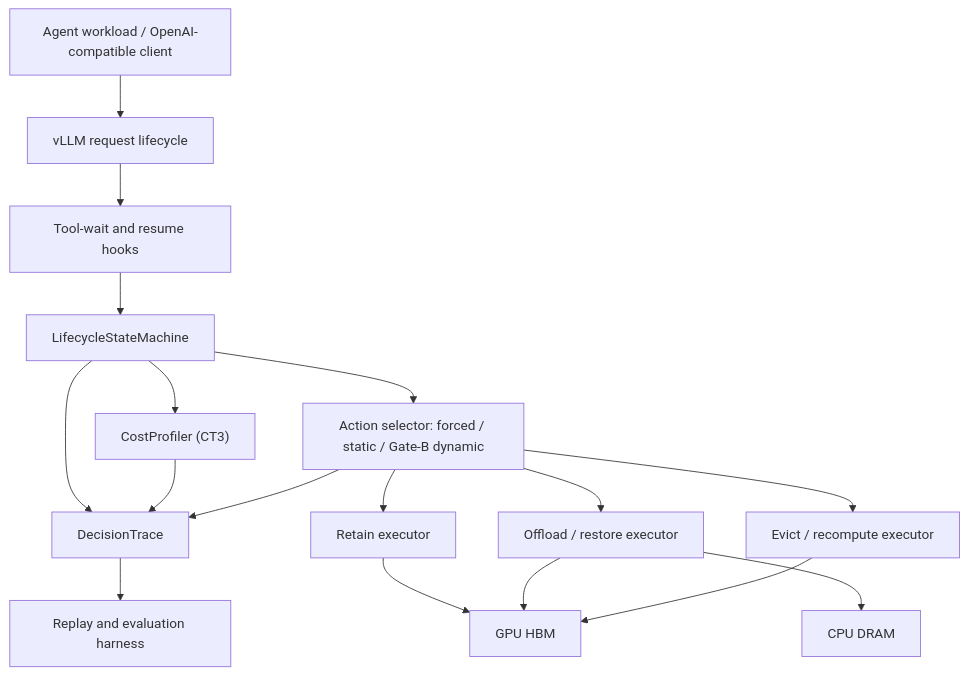
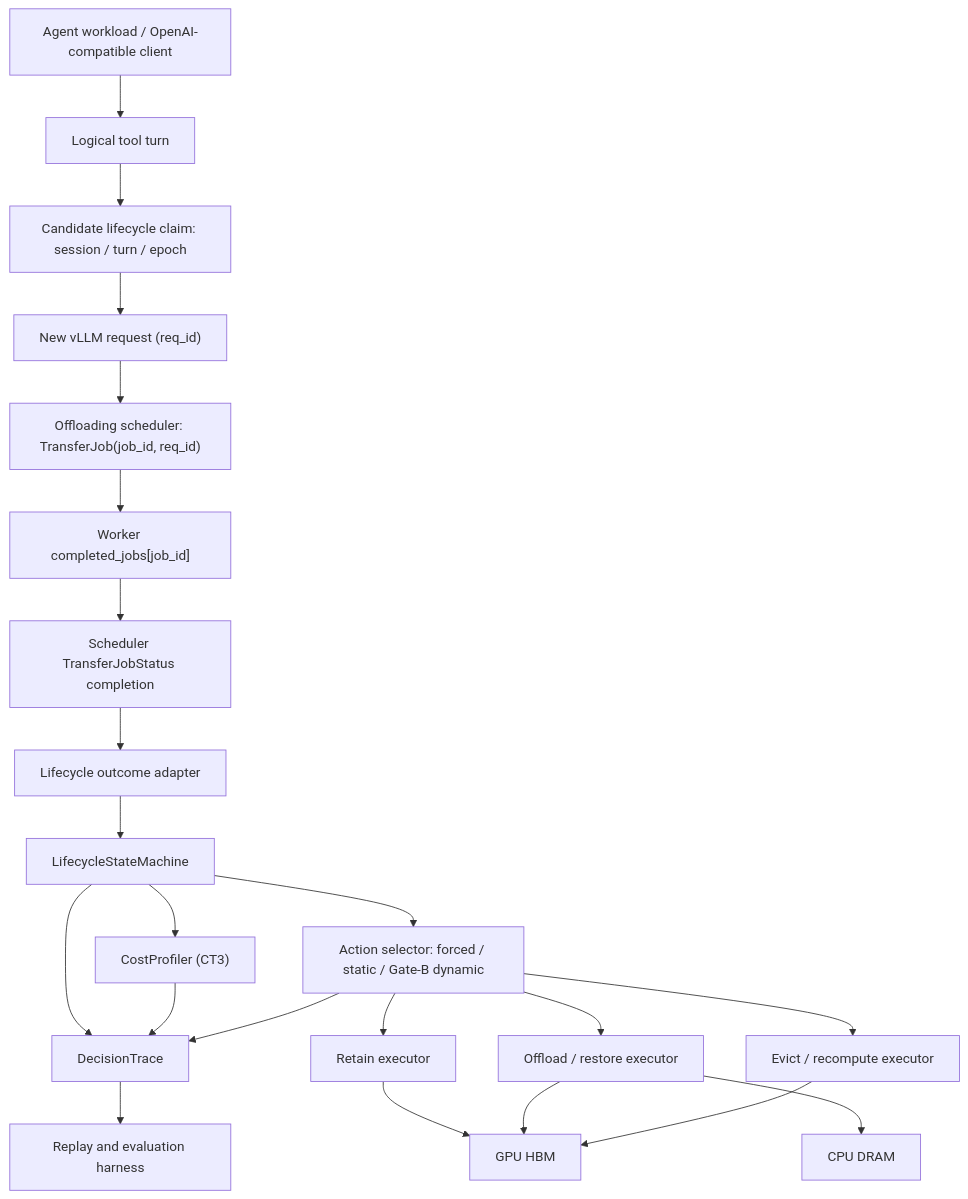
Before and after one commit to icebeeeeeeeef/Toolgap-Kv: the first of 2 diagrams in docs/agent-kv/ARCHITECTURE.md, drawn with Mermaid. The commit also changed other lines of this file and 28 other files, not shown here.

````diff
--- a/docs/agent-kv/ARCHITECTURE.md
+++ b/docs/agent-kv/ARCHITECTURE.md
@@ -42,19 +51,24 @@
 ```mermaid
 flowchart TB
-    A["Agent workload / OpenAI-compatible client"] --> B["vLLM request lifecycle"]
-    B --> C["Tool-wait and resume hooks"]
-    C --> D["LifecycleStateMachine"]
-    D --> E["CostProfiler (CT3)"]
-    D --> F["Action selector: forced / static / Gate-B dynamic"]
-    F --> G["Retain executor"]
-    F --> H["Offload / restore executor"]
-    F --> I["Evict / recompute executor"]
-    G --> J["GPU HBM"]
-    H --> J
-    H --> K["CPU DRAM"]
-    I --> J
-    D --> L["DecisionTrace"]
-    E --> L
-    F --> L
-    L --> M["Replay and evaluation harness"]
+    A["Agent workload / OpenAI-compatible client"] --> B["Logical tool turn"]
+    B --> C["Candidate lifecycle claim: session / turn / epoch"]
+    C --> D["New vLLM request (req_id)"]
+    D --> E["Offloading scheduler: TransferJob(job_id, req_id)"]
+    E --> F["Worker completed_jobs[job_id]"]
+    F --> G["Scheduler TransferJobStatus completion"]
+    G --> H["Lifecycle outcome adapter"]
+    H --> I["LifecycleStateMachine"]
+    I --> J["CostProfiler (CT3)"]
+    I --> K["Action selector: forced / static / Gate-B dynamic"]
+    K --> L["Retain executor"]
+    K --> M["Offload / restore executor"]
+    K --> N["Evict / recompute executor"]
+    L --> O["GPU HBM"]
+    M --> O
+    M --> P["CPU DRAM"]
+    N --> O
+    I --> Q["DecisionTrace"]
+    J --> Q
+    K --> Q
+    Q --> R["Replay and evaluation harness"]
 ```
````
